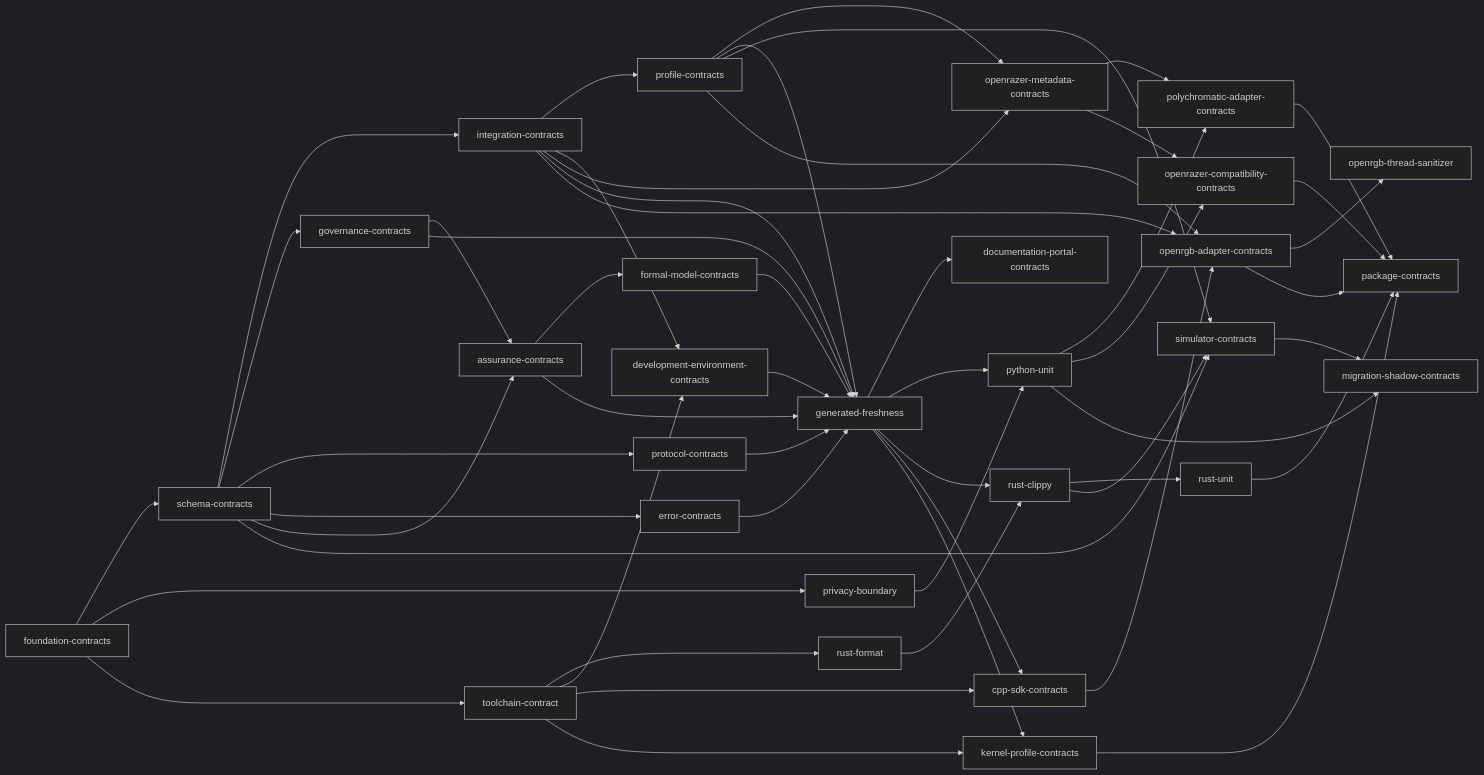
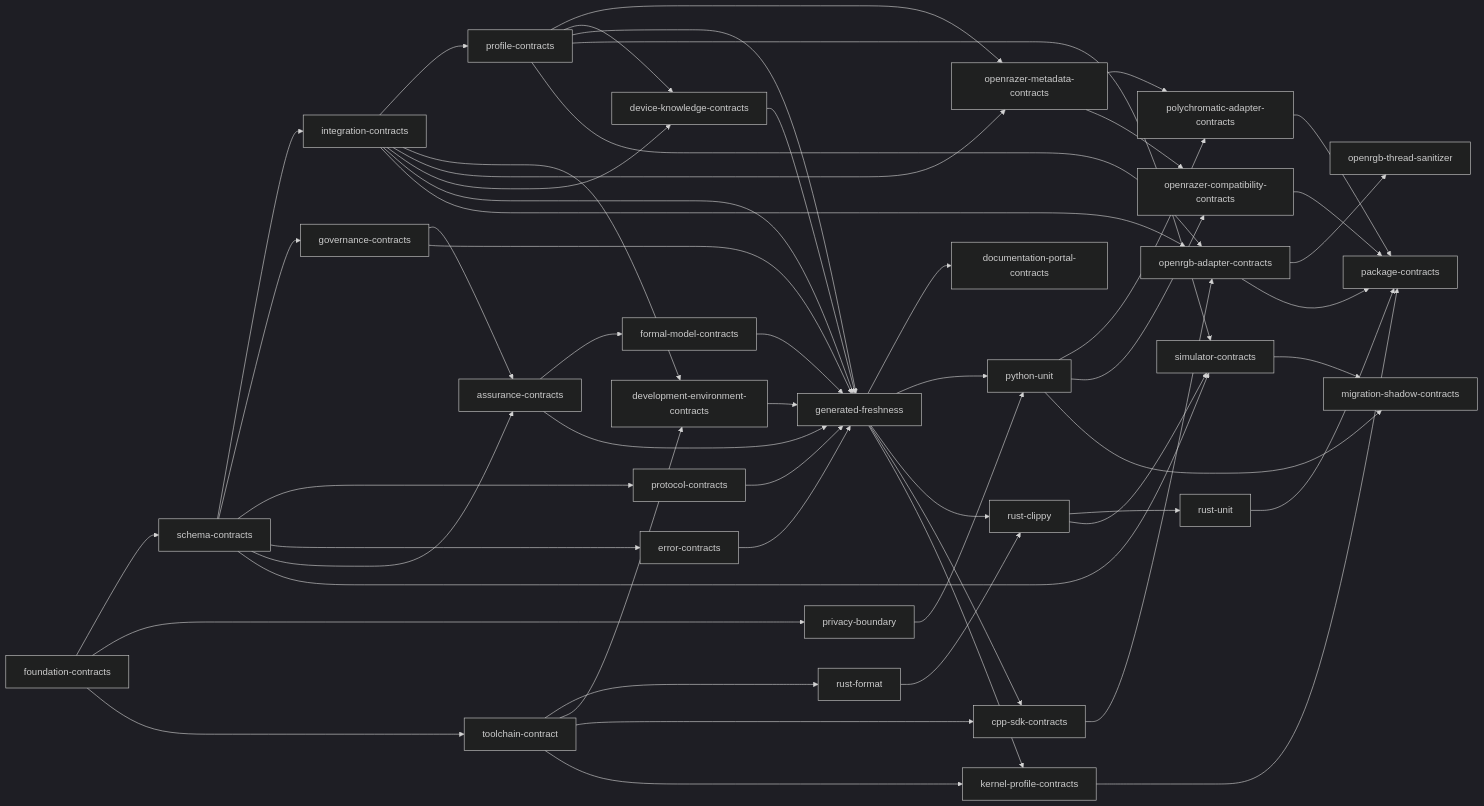
Before and after one commit to offalexjackson777-stack/hyperflux-next: the diagram in docs/generated/verification.md, drawn with Mermaid (dark theme). The commit also changed other lines of this file and 22 other files, not shown here.

Commit message:
feat: compile generated device knowledge

```diff
--- a/docs/generated/verification.md
+++ b/docs/generated/verification.md
@@ -54,6 +55,7 @@
     development_environment_contracts["development-environment-contracts"]
     formal_model_contracts["formal-model-contracts"]
     openrazer_metadata_contracts["openrazer-metadata-contracts"]
+    device_knowledge_contracts["device-knowledge-contracts"]
     generated_freshness["generated-freshness"]
     documentation_portal_contracts["documentation-portal-contracts"]
     python_unit["python-unit"]
@@ -84,7 +86,10 @@
     assurance_contracts --> formal_model_contracts
     integration_contracts --> openrazer_metadata_contracts
     profile_contracts --> openrazer_metadata_contracts
+    integration_contracts --> device_knowledge_contracts
+    profile_contracts --> device_knowledge_contracts
     profile_contracts --> generated_freshness
+    device_knowledge_contracts --> generated_freshness
     protocol_contracts --> generated_freshness
     error_contracts --> generated_freshness
     integration_contracts --> generated_freshness
```
